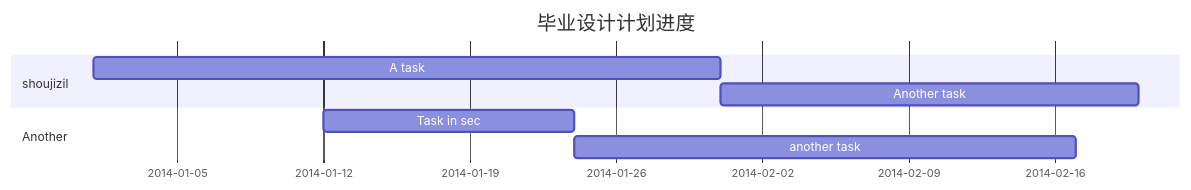
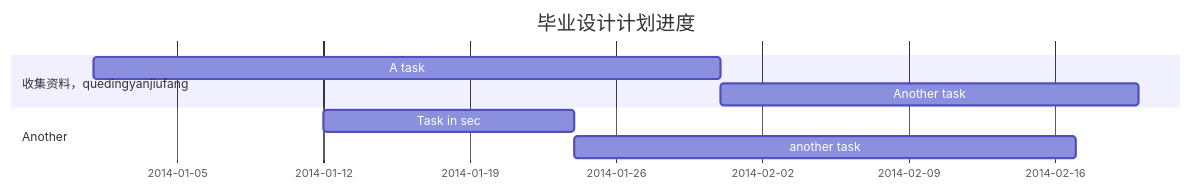
The diagram in all/未命名.md (Kelseyyz/iodraw-files), drawn with Mermaid before and after one commit.

Commit message:
2024-12-30 10:51:33 update

````diff
--- a/all/未命名.md
+++ b/all/未命名.md
@@ -1,11 +1,11 @@
 ```mermaid
 gantt
     title 毕业设计计划进度
     dateFormat  YYYY-MM-DD
-    section shoujizil
+    section 收集资料，quedingyanjiufang
     A task           :a1, 2014-01-01, 30d
     Another task     :after a1  , 20d
     section Another
     Task in sec      :2014-01-12  , 12d
     another task      : 24d
 ```
````
